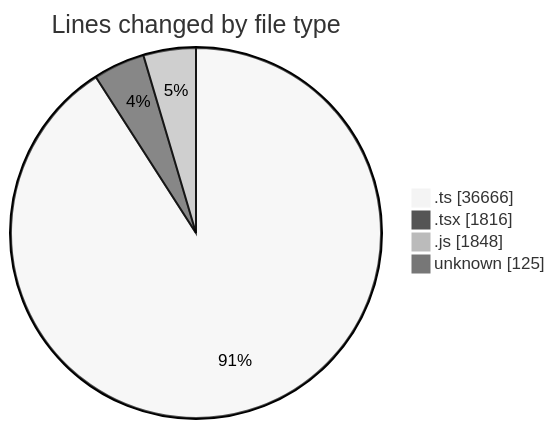
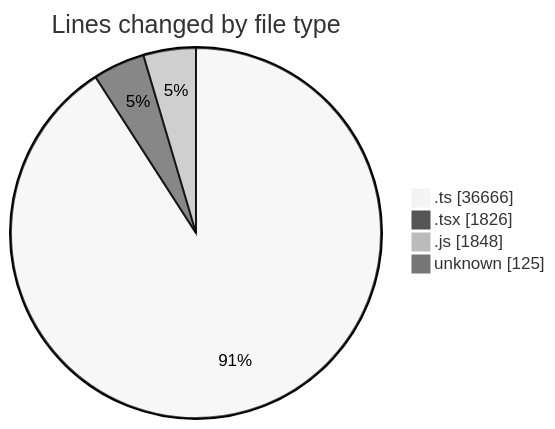
One commit to momahboobian/code-tracking changed the first of 2 diagrams in 2026-09-18/cda/README.md. Above: the diagram before and after it, drawn with Mermaid (neutral theme). The commit also changed other lines of this file and 1 other file, not shown here.

````diff
--- a/2026-09-18/cda/README.md
+++ b/2026-09-18/cda/README.md
@@ -41,8 +41,8 @@
 ```mermaid
 pie showData
 title Lines changed by file type
 ".ts" : 36666
-".tsx" : 1816
+".tsx" : 1826
 ".js" : 1848
 "unknown" : 125
 ```
````
